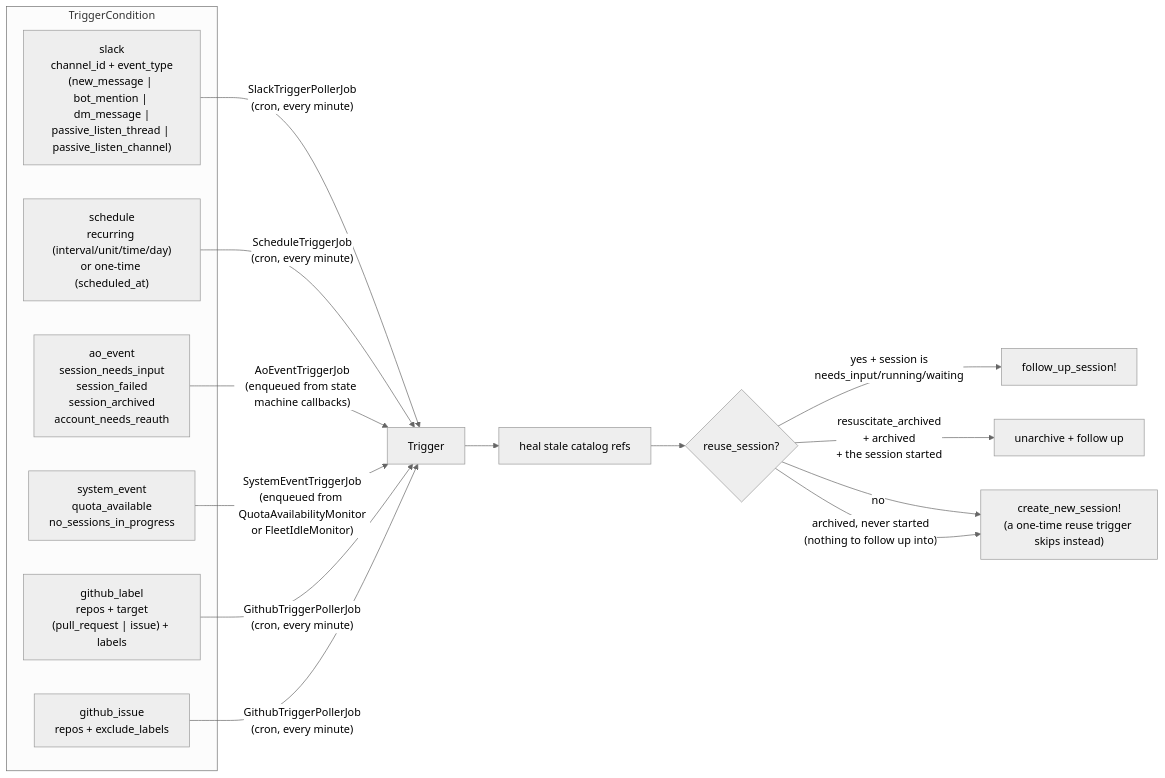
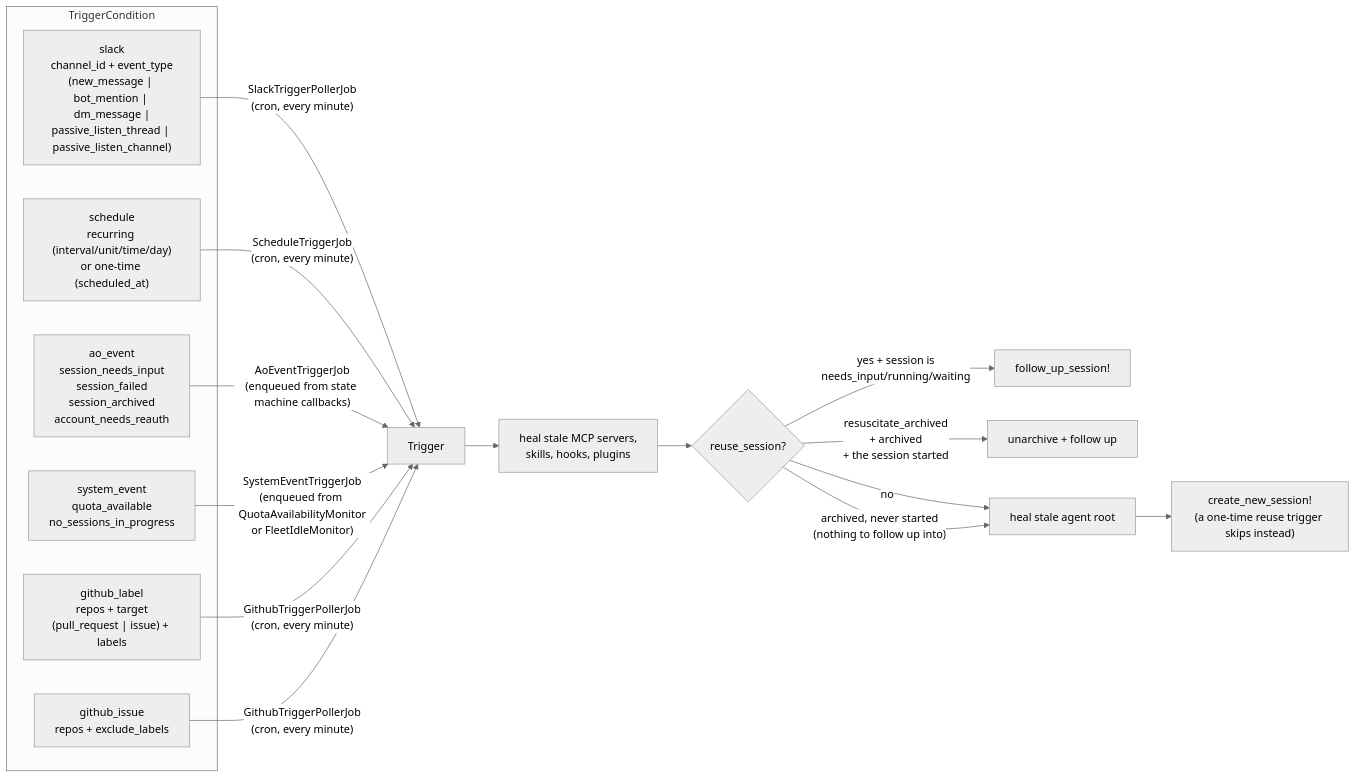
Before and after one commit to tadasant/zimmer: the first of 2 diagrams in docs/src/content/docs/sessions/triggers.md, drawn with Mermaid (neutral theme). The commit also changed other lines of this file and 4 other files, not shown here.

````diff
--- a/docs/src/content/docs/sessions/triggers.md
+++ b/docs/src/content/docs/sessions/triggers.md
@@ -15,25 +15,26 @@
 ```mermaid
 flowchart LR
     subgraph conditions["TriggerCondition"]
         SL["slack<br/>channel_id + event_type<br/>(new_message | bot_mention | dm_message |<br/>passive_listen_thread | passive_listen_channel)"]
         SC["schedule<br/>recurring (interval/unit/time/day)<br/>or one-time (scheduled_at)"]
         AO["ao_event<br/>session_needs_input<br/>session_failed<br/>session_archived<br/>account_needs_reauth"]
         SE["system_event<br/>quota_available<br/>no_sessions_in_progress"]
         GL["github_label<br/>repos + target<br/>(pull_request | issue) + labels"]
         GI["github_issue<br/>repos + exclude_labels"]
     end
 
     SL -->|"SlackTriggerPollerJob<br/>(cron, every minute)"| T["Trigger"]
     SC -->|"ScheduleTriggerJob<br/>(cron, every minute)"| T
     AO -->|"AoEventTriggerJob<br/>(enqueued from state machine callbacks)"| T
     SE -->|"SystemEventTriggerJob<br/>(enqueued from QuotaAvailabilityMonitor<br/>or FleetIdleMonitor)"| T
     GL -->|"GithubTriggerPollerJob<br/>(cron, every minute)"| T
     GI -->|"GithubTriggerPollerJob<br/>(cron, every minute)"| T
 
-    T --> H["heal stale catalog refs"]
+    T --> H["heal stale MCP servers,<br/>skills, hooks, plugins"]
     H --> D{"reuse_session?"}
     D -->|"yes + session is<br/>needs_input/running/waiting"| FU["follow_up_session!"]
     D -->|"resuscitate_archived<br/>+ archived<br/>+ the session started"| RS["unarchive + follow up"]
-    D -->|no| NEW["create_new_session!<br/>(a one-time reuse trigger skips instead)"]
-    D -->|"archived, never started<br/>(nothing to follow up into)"| NEW
+    D -->|no| HR["heal stale agent root"]
+    D -->|"archived, never started<br/>(nothing to follow up into)"| HR
+    HR --> NEW["create_new_session!<br/>(a one-time reuse trigger skips instead)"]
 ```
````
